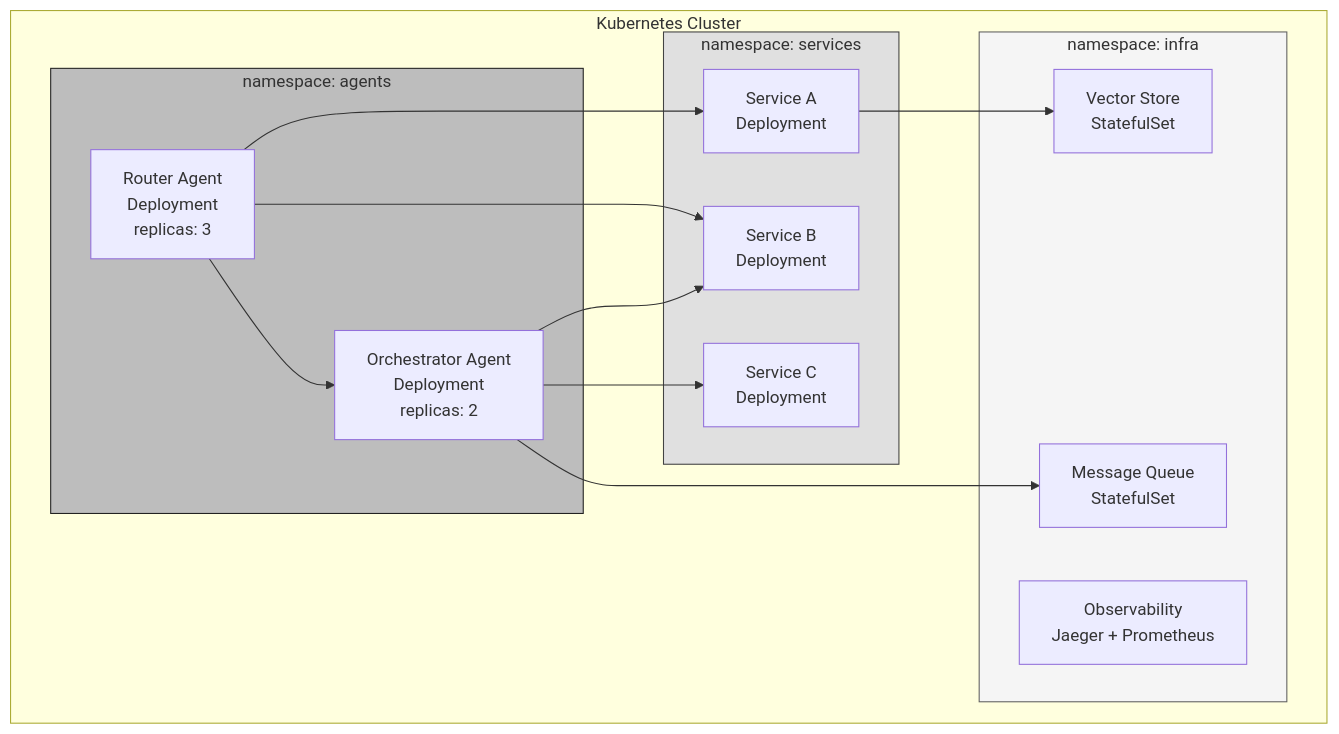
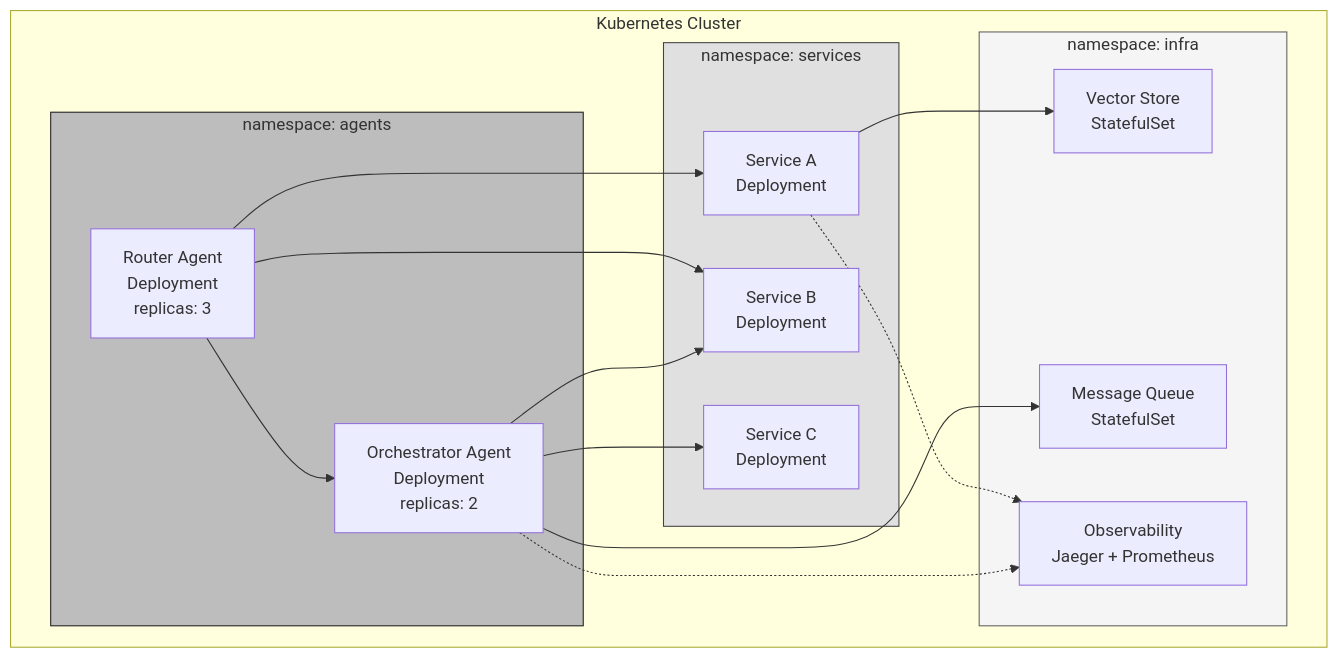
The sixth of 6 diagrams in docs/posts/04-agents-in-microservices.md (Shekharrajak/agent-design-patterns), drawn with Mermaid before and after one commit. The commit also changed other lines of this file and 7 other files, not shown here.

Commit message:
fix: resolve Mermaid rendering issues across all chapters

````diff
--- a/docs/posts/04-agents-in-microservices.md
+++ b/docs/posts/04-agents-in-microservices.md
@@ -155,31 +148,33 @@
 ```mermaid
 graph TD
     subgraph CLUSTER["Kubernetes Cluster"]
         subgraph NS_AGENTS["namespace: agents"]
             ROUTER["Router Agent<br/>Deployment<br/>replicas: 3"]
             ORCH["Orchestrator Agent<br/>Deployment<br/>replicas: 2"]
         end
         subgraph NS_SERVICES["namespace: services"]
             S1["Service A<br/>Deployment"]
             S2["Service B<br/>Deployment"]
             S3["Service C<br/>Deployment"]
         end
         subgraph NS_INFRA["namespace: infra"]
             VS["Vector Store<br/>StatefulSet"]
             MQ["Message Queue<br/>StatefulSet"]
             OBS["Observability<br/>Jaeger + Prometheus"]
         end
     end
 
     ROUTER --> S1
     ROUTER --> S2
     ORCH --> S2
     ORCH --> S3
     ROUTER --> ORCH
     S1 --> VS
     ORCH --> MQ
+    S1 -.-> OBS
+    ORCH -.-> OBS
 
     style NS_AGENTS fill:#bdbdbd,stroke:#212121
     style NS_SERVICES fill:#e0e0e0,stroke:#424242
     style NS_INFRA fill:#f5f5f5,stroke:#616161
 ```
````
